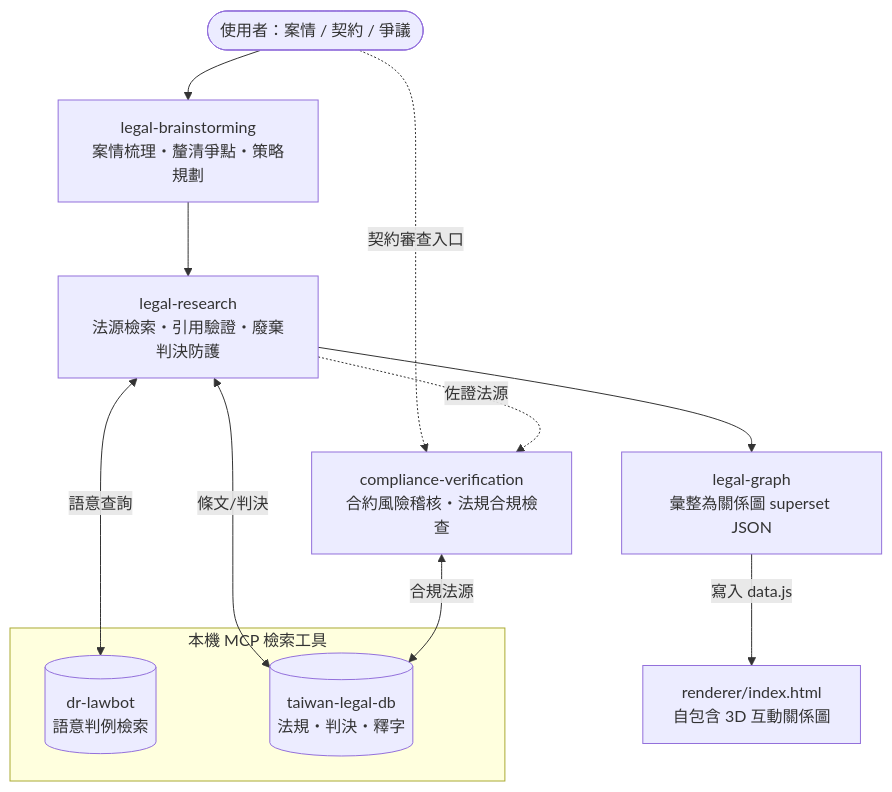
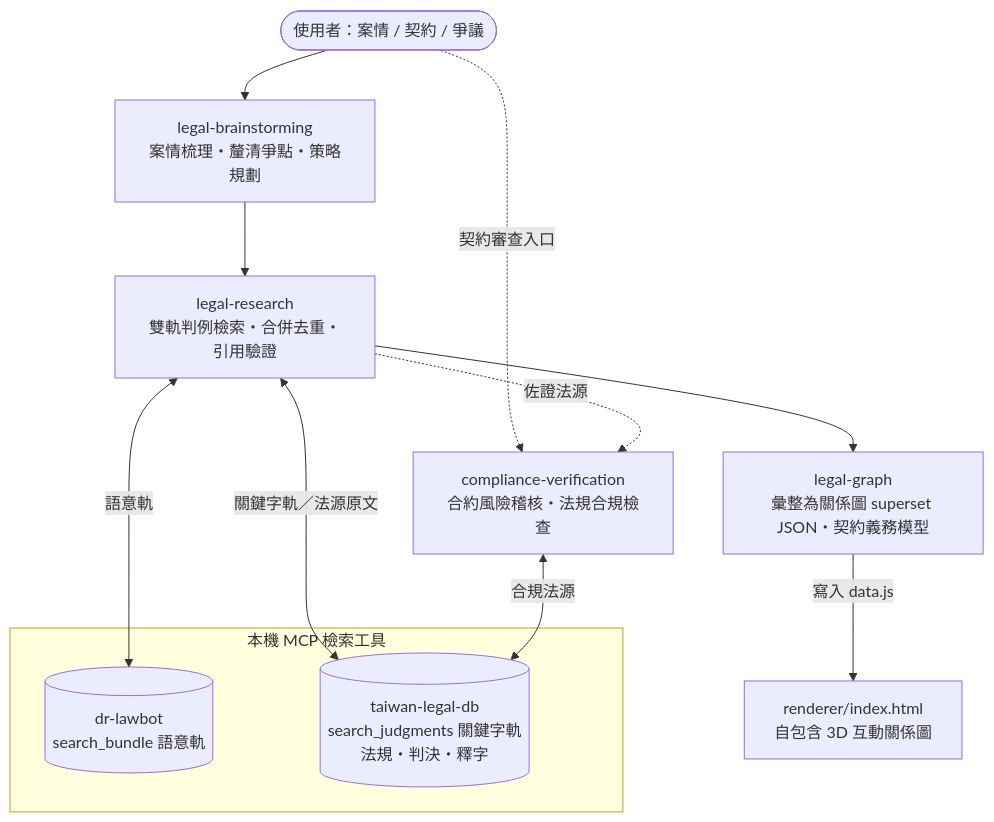
One commit to kevintsai1202/law-powers changed the diagram in README.md. Above: the diagram before and after it, drawn with Mermaid. The commit also changed other lines of this file, not shown here.

````diff
--- a/README.md
+++ b/README.md
@@ -62,26 +67,26 @@
 ```mermaid
 flowchart TD
     U(["使用者：案情 / 契約 / 爭議"])
     LB["legal-brainstorming<br/>案情梳理・釐清爭點・策略規劃"]
-    LR["legal-research<br/>法源檢索・引用驗證・廢棄判決防護"]
-    LG["legal-graph<br/>彙整為關係圖 superset JSON"]
+    LR["legal-research<br/>雙軌判例檢索・合併去重・引用驗證"]
+    LG["legal-graph<br/>彙整為關係圖 superset JSON・契約義務模型"]
     CV["compliance-verification<br/>合約風險稽核・法規合規檢查"]
     RN["renderer/index.html<br/>自包含 3D 互動關係圖"]
-    DB1[("dr-lawbot<br/>語意判例檢索")]
-    DB2[("taiwan-legal-db<br/>法規・判決・釋字")]
+    DB1[("dr-lawbot<br/>search_bundle 語意軌")]
+    DB2[("taiwan-legal-db<br/>search_judgments 關鍵字軌<br/>法規・判決・釋字")]
 
     U --> LB
     U -. 契約審查入口 .-> CV
     LB --> LR
     LR --> LG
     LG -->|寫入 data.js| RN
     LR -. 佐證法源 .-> CV
-    LR <-->|語意查詢| DB1
-    LR <-->|條文/判決| DB2
+    LR <-->|語意軌| DB1
+    LR <-->|關鍵字軌／法源原文| DB2
     CV <-->|合規法源| DB2
 
     subgraph MCP [本機 MCP 檢索工具]
         DB1
         DB2
     end
 ```
````
